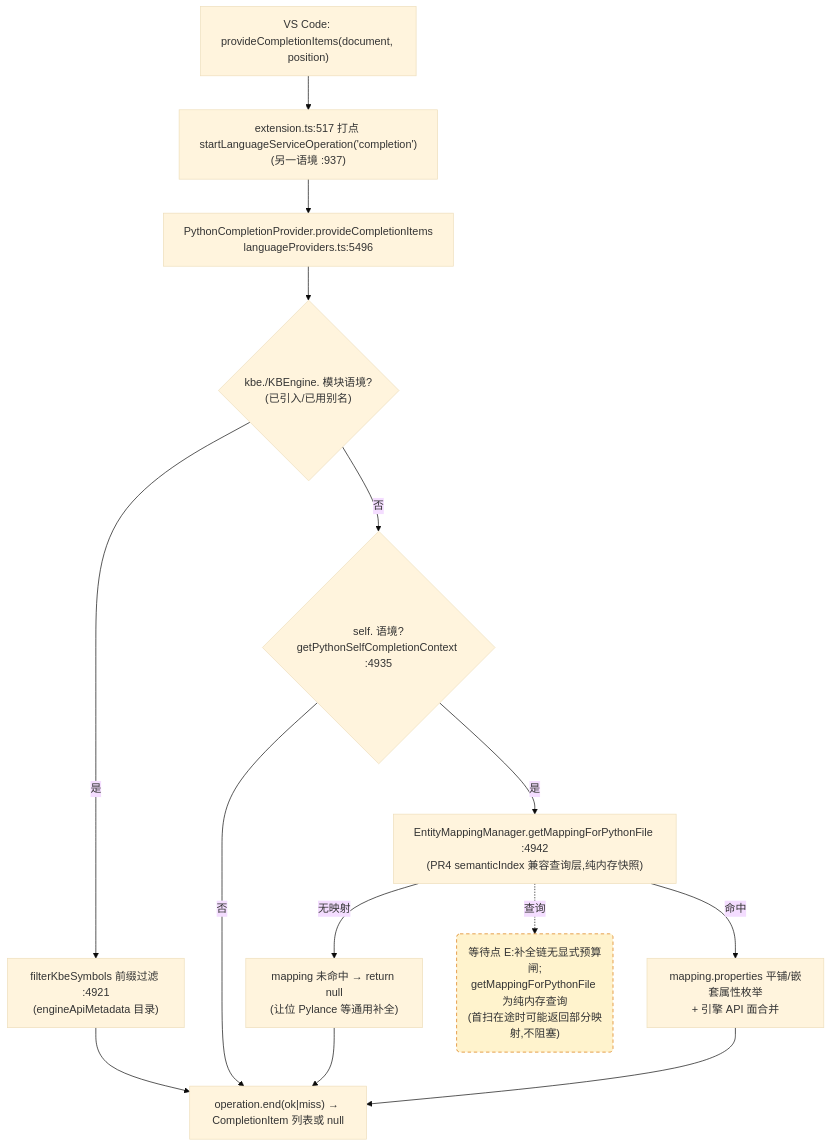
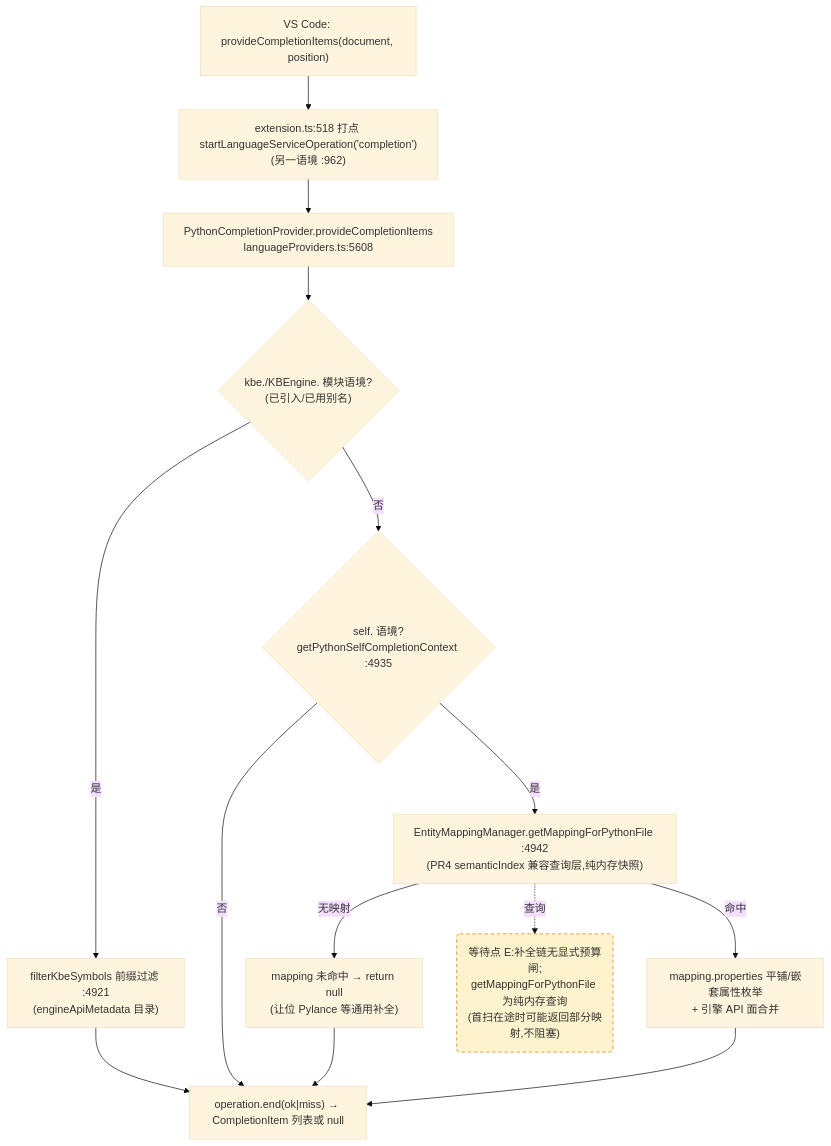
One commit to cuihairu/kode changed the third of 4 diagrams in docs/perf/2026-baseline.md. Above: the diagram before and after it, drawn with Mermaid (base theme). The commit also changed other lines of this file and 9 other files, not shown here.

````diff
--- a/docs/perf/2026-baseline.md
+++ b/docs/perf/2026-baseline.md
@@ -184,27 +184,27 @@
 ```mermaid
 flowchart TD
   VC3["VS Code: provideCompletionItems(document, position)"]
-  M3["extension.ts:517 打点 startLanguageServiceOperation('completion')<br/>(另一语境 :937)"]
-  CP["PythonCompletionProvider.provideCompletionItems<br/>languageProviders.ts:5496"]
+  M3["extension.ts:518 打点 startLanguageServiceOperation('completion')<br/>(另一语境 :962)"]
+  CP["PythonCompletionProvider.provideCompletionItems<br/>languageProviders.ts:5608"]
   KBEC{"kbe./KBEngine. 模块语境?<br/>(已引入/已用别名)"}
   FILTER["filterKbeSymbols 前缀过滤 :4921<br/>(engineApiMetadata 目录)"]
   SELFC{"self. 语境?<br/>getPythonSelfCompletionContext :4935"}
   MAP["EntityMappingManager.getMappingForPythonFile :4942<br/>(PR4 semanticIndex 兼容查询层,纯内存快照)"]
   NOMAP["mapping 未命中 → return null<br/>(让位 Pylance 等通用补全)"]
   PROPS["mapping.properties 平铺/嵌套属性枚举<br/>+ 引擎 API 面合并"]
   END3["operation.end(ok|miss) → CompletionItem 列表或 null"]
 
   VC3 --> M3 --> CP --> KBEC
   KBEC -- "是" --> FILTER --> END3
   KBEC -- "否" --> SELFC
   SELFC -- "否" --> END3
   SELFC -- "是" --> MAP
   MAP -- "无映射" --> NOMAP --> END3
   MAP -- "命中" --> PROPS --> END3
 
   WAITE("等待点 E:补全链无显式预算闸;<br/>getMappingForPythonFile 为纯内存查询<br/>(首扫在途时可能返回部分映射,不阻塞)")
   MAP -.->|查询| WAITE
 
   classDef waitPoint fill:#fff3cd,stroke:#d97706,stroke-dasharray:5 4;
   class WAITE waitPoint;
 ```
````
